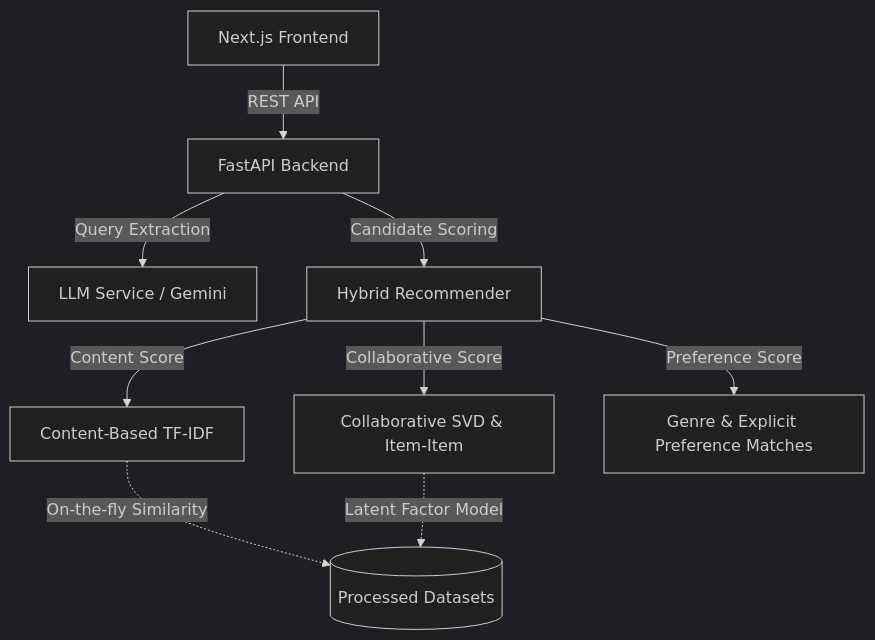
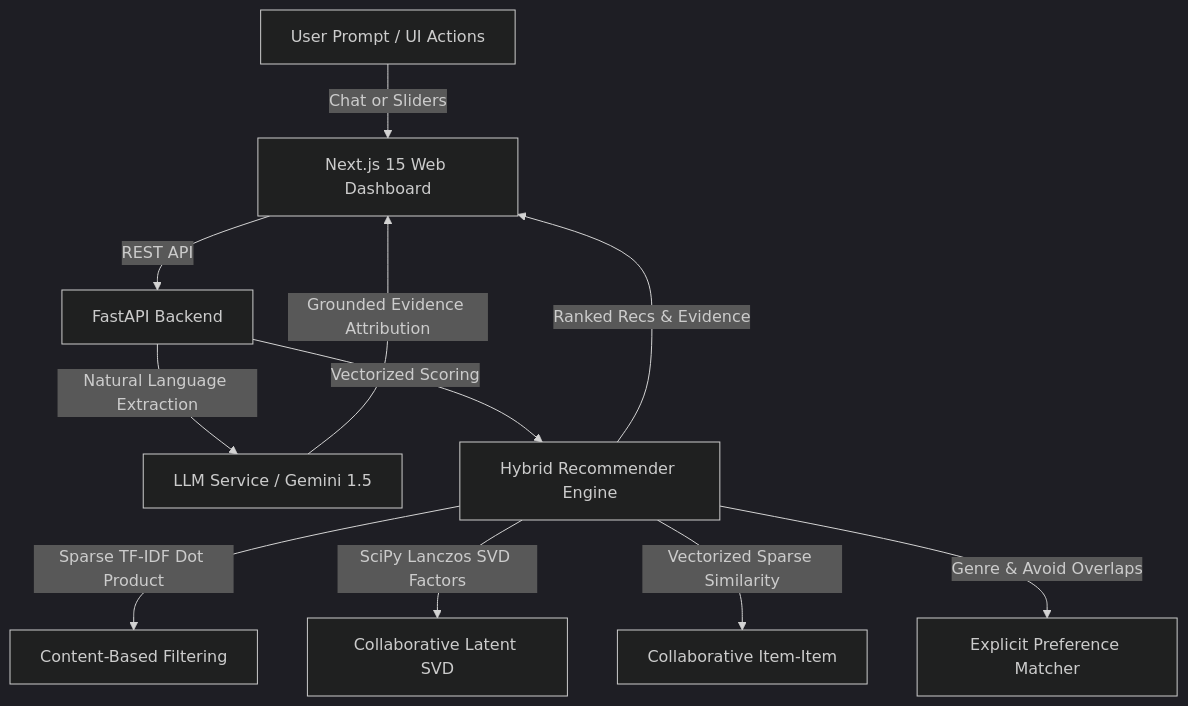
One commit to Kaustubh-kodes/cinematch-recommendation-chatbot changed the diagram in README.md. Above: the diagram before and after it, drawn with Mermaid (dark theme). The commit also changed other lines of this file, not shown here.

Commit message:
docs: enrich README with complete architecture, benchmark tables, solid black & red UI, and deployment guides

````diff
--- a/README.md
+++ b/README.md
@@ -11,11 +24,13 @@
 ```mermaid
 graph TD
-    A[Next.js Frontend] -->|REST API| B[FastAPI Backend]
-    B -->|Query Extraction| C[LLM Service / Gemini]
-    B -->|Candidate Scoring| D[Hybrid Recommender]
-    D -->|Content Score| E[Content-Based TF-IDF]
-    D -->|Collaborative Score| F[Collaborative SVD & Item-Item]
-    D -->|Preference Score| G[Genre & Explicit Preference Matches]
-    E -.->|On-the-fly Similarity| H[(Processed Datasets)]
-    F -.->|Latent Factor Model| H
+    A[User Prompt / UI Actions] -->|Chat or Sliders| B[Next.js 15 Web Dashboard]
+    B -->|REST API| C[FastAPI Backend]
+    C -->|Natural Language Extraction| D[LLM Service / Gemini 1.5]
+    C -->|Vectorized Scoring| E[Hybrid Recommender Engine]
+    E -->|Sparse TF-IDF Dot Product| F[Content-Based Filtering]
+    E -->|SciPy Lanczos SVD Factors| G[Collaborative Latent SVD]
+    E -->|Vectorized Sparse Similarity| H[Collaborative Item-Item]
+    E -->|Genre & Avoid Overlaps| I[Explicit Preference Matcher]
+    D -->|Grounded Evidence Attribution| B
+    E -->|Ranked Recs & Evidence| B
 ```
````
